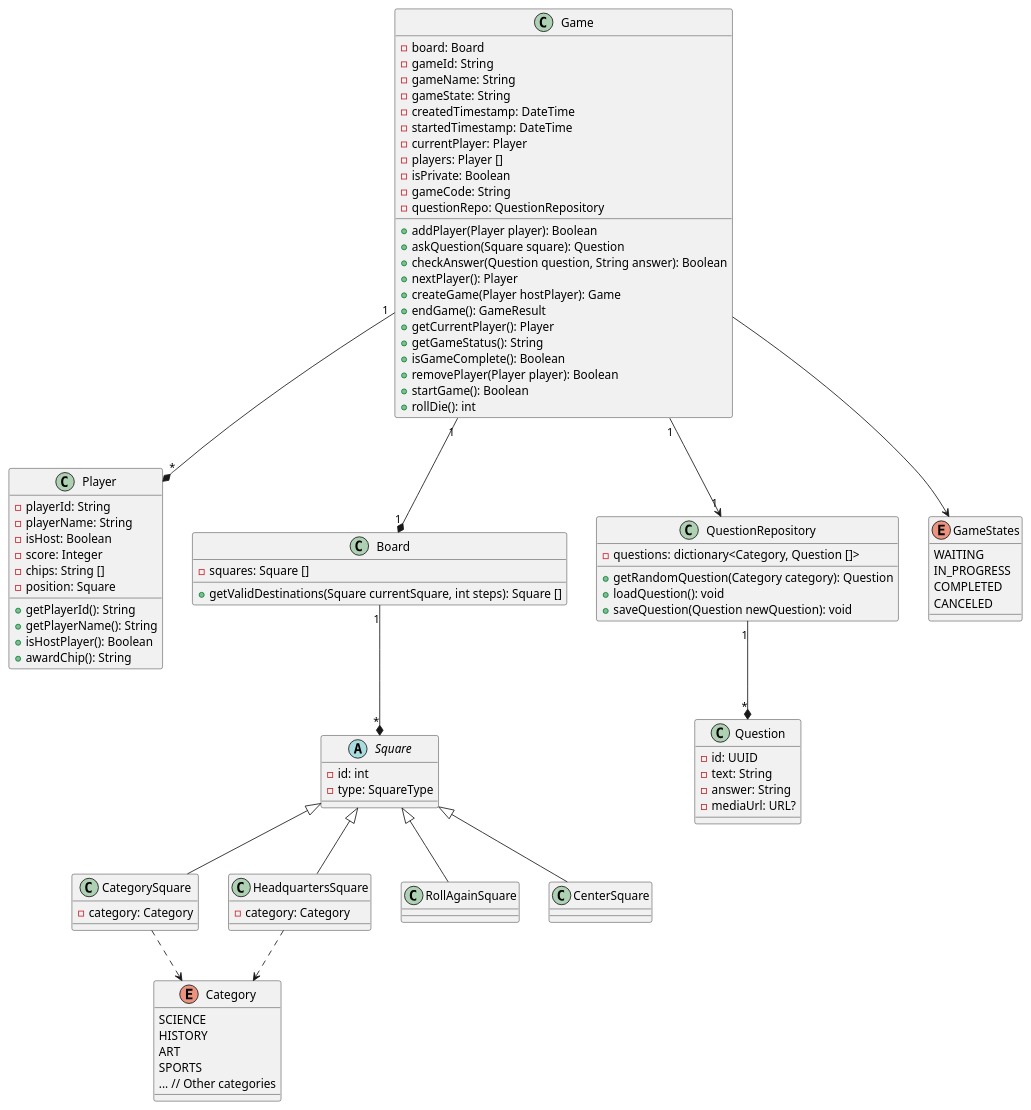
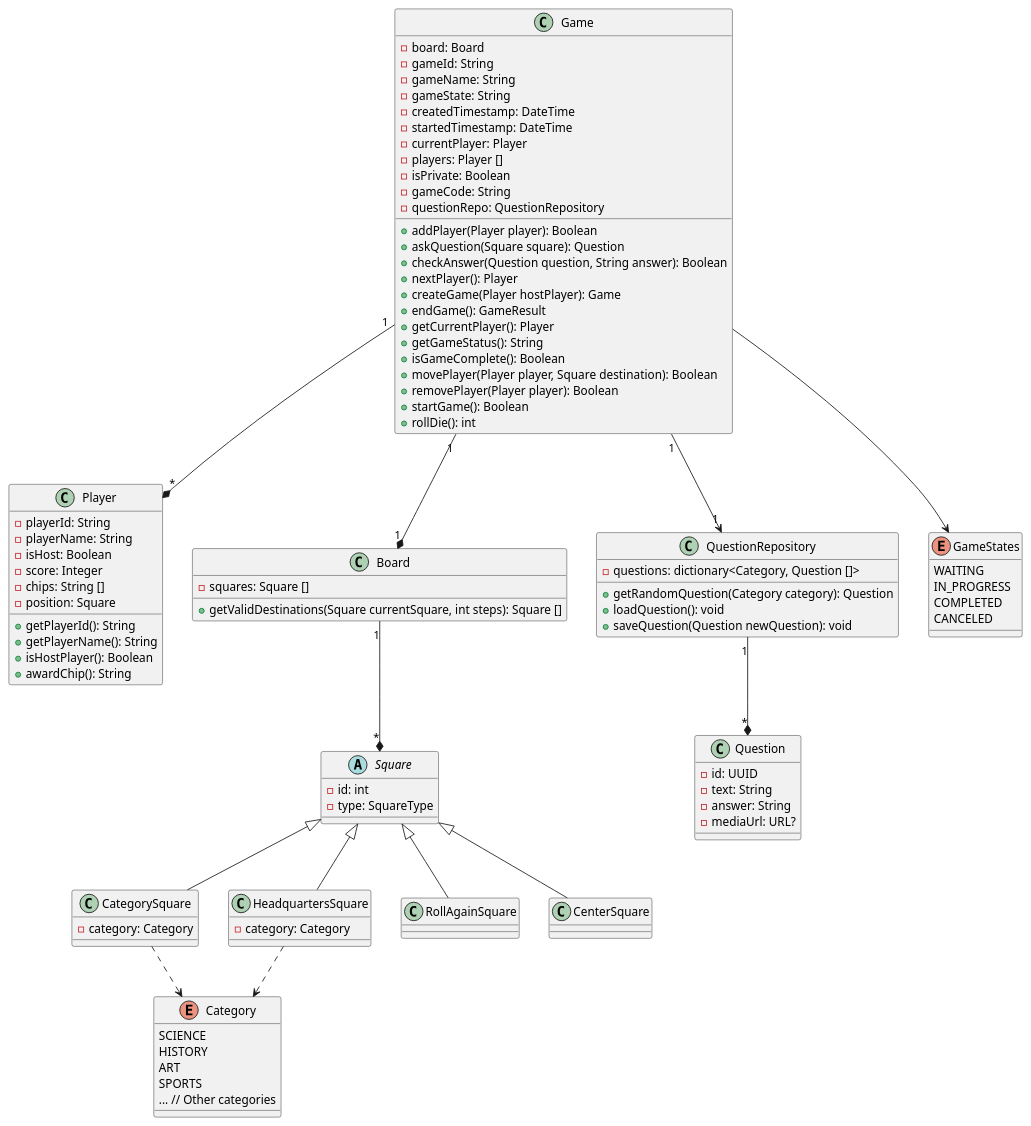
One commit to TrivialComputers/trivial-compute-app changed the diagram in docs/trivialComputeClassDiagram.puml. Above: the diagram before and after it, drawn with PlantUML.

Commit message:
First shot at one sequence diagram

```diff
--- a/docs/trivialComputeClassDiagram.puml
+++ b/docs/trivialComputeClassDiagram.puml
@@ -1,99 +1,100 @@
 @startuml
 class Game {
     -board: Board
     -gameId: String
     -gameName: String
     -gameState: String
     -createdTimestamp: DateTime
     -startedTimestamp: DateTime
     -currentPlayer: Player
     -players: Player []
     -isPrivate: Boolean
     -gameCode: String
     -questionRepo: QuestionRepository
 
     +addPlayer(Player player): Boolean
     +askQuestion(Square square): Question
     +checkAnswer(Question question, String answer): Boolean
     +nextPlayer(): Player
     +createGame(Player hostPlayer): Game
     +endGame(): GameResult
     +getCurrentPlayer(): Player
     +getGameStatus(): String
     +isGameComplete(): Boolean
+    +movePlayer(Player player, Square destination): Boolean
     +removePlayer(Player player): Boolean
     +startGame(): Boolean
     +rollDie(): int
 }
 
 class Player {
     -playerId: String
     -playerName: String
     -isHost: Boolean
     -score: Integer
     -chips: String []
     -position: Square
 
     +getPlayerId(): String
     +getPlayerName(): String
     +isHostPlayer(): Boolean
     +awardChip(): String
 }
 
 class Board {
       - squares: Square []
       + getValidDestinations(Square currentSquare, int steps): Square []
 }
 
 abstract class Square {
     - id: int
     - type: SquareType
 }
 class CategorySquare extends Square {
     -category: Category
 }
 class HeadquartersSquare extends Square {
     -category: Category
 }
 class RollAgainSquare extends Square {}
 class CenterSquare extends Square {}
 
 class QuestionRepository {
     -questions: dictionary<Category, Question []>
     +getRandomQuestion(Category category): Question
     +loadQuestion(): void
     +saveQuestion(Question newQuestion): void
 }
 
 class Question {
     -id: UUID
     -text: String
     -answer: String
     -mediaUrl: URL?
 }
 
 enum Category {
     SCIENCE
     HISTORY
     ART
     SPORTS
     ... // Other categories
 }
 
 enum GameStates {
     WAITING
     IN_PROGRESS
     COMPLETED
     CANCELED
 }
 
 Game "1" --* "1" Board
 Game "1" --* "*" Player
 Game "1" --> "1" QuestionRepository
 Game --> GameStates
 CategorySquare ..> Category
 HeadquartersSquare ..> Category
 QuestionRepository "1" --* "*" Question
 Board "1" --* "*" Square
 
 @enduml
```
